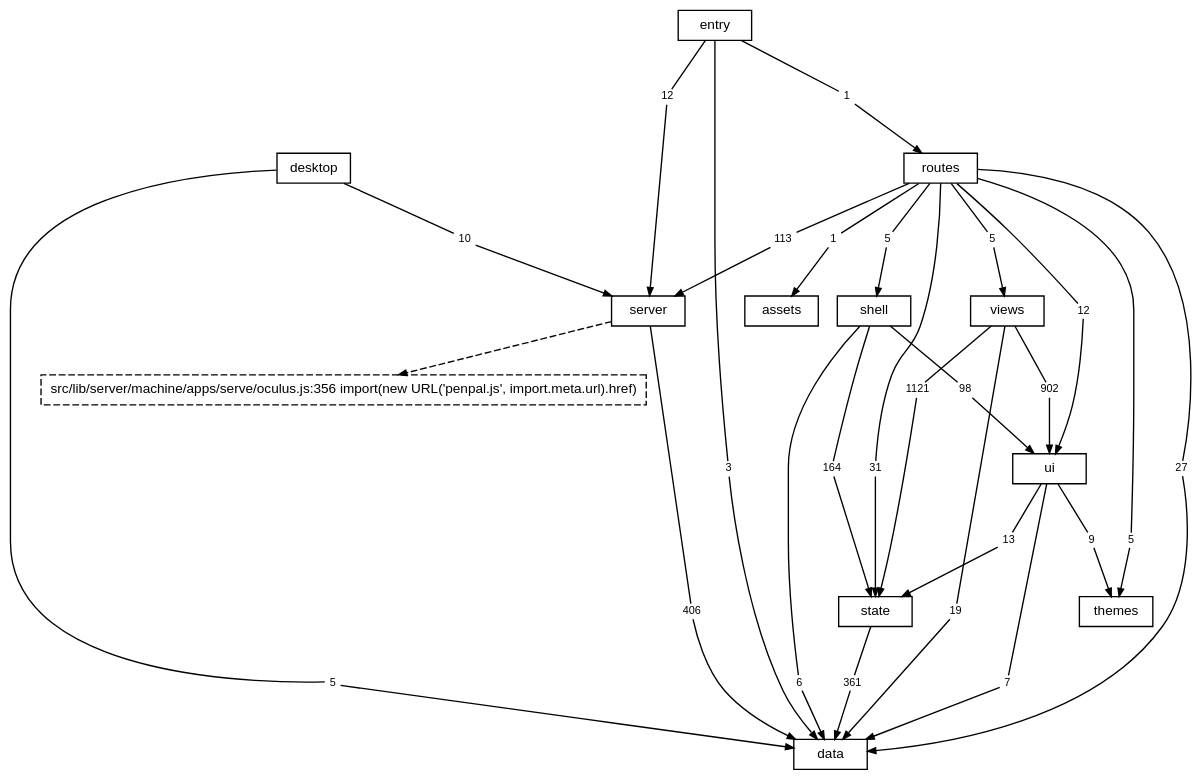
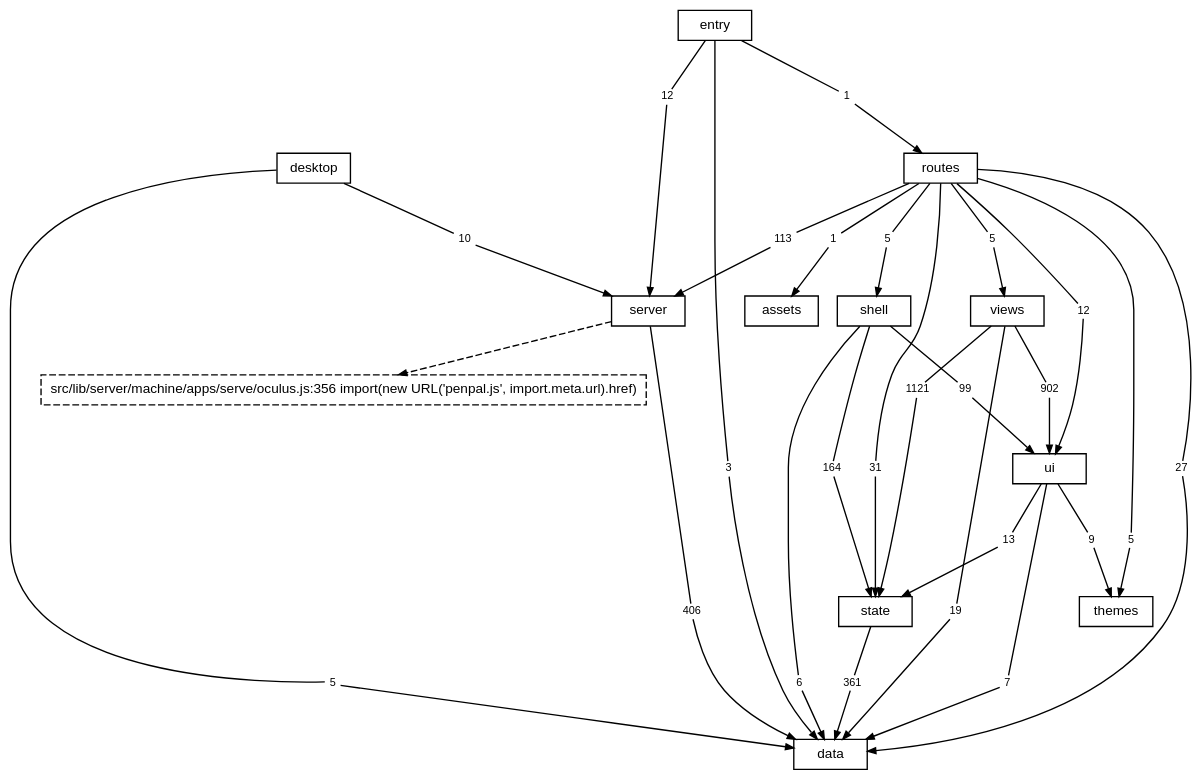
The diagram in docs/diagrams/layers.dot (TheAxeC/oculus), drawn with Graphviz before and after one commit. The commit also changed 27 other files, not shown here.

```diff
--- a/docs/diagrams/layers.dot
+++ b/docs/diagrams/layers.dot
@@ -1,90 +1,90 @@
 digraph layers {
     graph [bgcolor="transparent", rankdir=TB, newrank=true, fontname="Helvetica,Arial,sans-serif", fontsize=12, nodesep=0.2, ranksep=0.5];
     node [shape=box, color="black", fontcolor="black", fontname="Helvetica,Arial,sans-serif", fontsize=10, height=0.3, margin="0.12,0.04"];
     edge [color="black", fontcolor="black", fontname="Helvetica,Arial,sans-serif", fontsize=8, arrowsize=0.6];
     "data";
     "server";
     "state";
     "ui";
     "shell";
     "views";
     "themes";
     "routes";
     "desktop";
     "src" [label="entry"];
     "files: assets" [label="assets"];
     "? src/lib/server/machine/apps/serve/oculus.js:356" [label="src/lib/server/machine/apps/serve/oculus.js:356 import(new URL('penpal.js', import.meta.url).href)", style=dashed];
     "desktop to data" [label="5", shape=box, color="transparent", fontsize=8, width=0, height=0, margin="0.04,0.02"];
     "desktop" -> "desktop to data" [arrowhead=none];
     "desktop to data" -> "data" [];
     "desktop to server" [label="10", shape=box, color="transparent", fontsize=8, width=0, height=0, margin="0.04,0.02"];
     "desktop" -> "desktop to server" [arrowhead=none];
     "desktop to server" -> "server" [];
     "routes to data" [label="27", shape=box, color="transparent", fontsize=8, width=0, height=0, margin="0.04,0.02"];
     "routes" -> "routes to data" [arrowhead=none];
     "routes to data" -> "data" [];
     "routes to files: assets" [label="1", shape=box, color="transparent", fontsize=8, width=0, height=0, margin="0.04,0.02"];
     "routes" -> "routes to files: assets" [arrowhead=none];
     "routes to files: assets" -> "files: assets" [];
     "routes to server" [label="113", shape=box, color="transparent", fontsize=8, width=0, height=0, margin="0.04,0.02"];
     "routes" -> "routes to server" [arrowhead=none];
     "routes to server" -> "server" [];
     "routes to shell" [label="5", shape=box, color="transparent", fontsize=8, width=0, height=0, margin="0.04,0.02"];
     "routes" -> "routes to shell" [arrowhead=none];
     "routes to shell" -> "shell" [];
     "routes to state" [label="31", shape=box, color="transparent", fontsize=8, width=0, height=0, margin="0.04,0.02"];
     "routes" -> "routes to state" [arrowhead=none];
     "routes to state" -> "state" [];
     "routes to themes" [label="5", shape=box, color="transparent", fontsize=8, width=0, height=0, margin="0.04,0.02"];
     "routes" -> "routes to themes" [arrowhead=none];
     "routes to themes" -> "themes" [];
     "routes to ui" [label="12", shape=box, color="transparent", fontsize=8, width=0, height=0, margin="0.04,0.02"];
     "routes" -> "routes to ui" [arrowhead=none];
     "routes to ui" -> "ui" [];
     "routes to views" [label="5", shape=box, color="transparent", fontsize=8, width=0, height=0, margin="0.04,0.02"];
     "routes" -> "routes to views" [arrowhead=none];
     "routes to views" -> "views" [];
     "server to data" [label="406", shape=box, color="transparent", fontsize=8, width=0, height=0, margin="0.04,0.02"];
     "server" -> "server to data" [arrowhead=none];
     "server to data" -> "data" [];
     "shell to data" [label="6", shape=box, color="transparent", fontsize=8, width=0, height=0, margin="0.04,0.02"];
     "shell" -> "shell to data" [arrowhead=none];
     "shell to data" -> "data" [];
     "shell to state" [label="164", shape=box, color="transparent", fontsize=8, width=0, height=0, margin="0.04,0.02"];
     "shell" -> "shell to state" [arrowhead=none];
     "shell to state" -> "state" [];
-    "shell to ui" [label="98", shape=box, color="transparent", fontsize=8, width=0, height=0, margin="0.04,0.02"];
+    "shell to ui" [label="99", shape=box, color="transparent", fontsize=8, width=0, height=0, margin="0.04,0.02"];
     "shell" -> "shell to ui" [arrowhead=none];
     "shell to ui" -> "ui" [];
     "src to data" [label="3", shape=box, color="transparent", fontsize=8, width=0, height=0, margin="0.04,0.02"];
     "src" -> "src to data" [arrowhead=none];
     "src to data" -> "data" [];
     "src to routes" [label="1", shape=box, color="transparent", fontsize=8, width=0, height=0, margin="0.04,0.02"];
     "src" -> "src to routes" [arrowhead=none];
     "src to routes" -> "routes" [];
     "src to server" [label="12", shape=box, color="transparent", fontsize=8, width=0, height=0, margin="0.04,0.02"];
     "src" -> "src to server" [arrowhead=none];
     "src to server" -> "server" [];
     "state to data" [label="361", shape=box, color="transparent", fontsize=8, width=0, height=0, margin="0.04,0.02"];
     "state" -> "state to data" [arrowhead=none];
     "state to data" -> "data" [];
     "ui to data" [label="7", shape=box, color="transparent", fontsize=8, width=0, height=0, margin="0.04,0.02"];
     "ui" -> "ui to data" [arrowhead=none];
     "ui to data" -> "data" [];
     "ui to state" [label="13", shape=box, color="transparent", fontsize=8, width=0, height=0, margin="0.04,0.02"];
     "ui" -> "ui to state" [arrowhead=none];
     "ui to state" -> "state" [];
     "ui to themes" [label="9", shape=box, color="transparent", fontsize=8, width=0, height=0, margin="0.04,0.02"];
     "ui" -> "ui to themes" [arrowhead=none];
     "ui to themes" -> "themes" [];
     "views to data" [label="19", shape=box, color="transparent", fontsize=8, width=0, height=0, margin="0.04,0.02"];
     "views" -> "views to data" [arrowhead=none];
     "views to data" -> "data" [];
     "views to state" [label="1121", shape=box, color="transparent", fontsize=8, width=0, height=0, margin="0.04,0.02"];
     "views" -> "views to state" [arrowhead=none];
     "views to state" -> "state" [];
     "views to ui" [label="902", shape=box, color="transparent", fontsize=8, width=0, height=0, margin="0.04,0.02"];
     "views" -> "views to ui" [arrowhead=none];
     "views to ui" -> "ui" [];
     "server" -> "? src/lib/server/machine/apps/serve/oculus.js:356" [style=dashed];
 }
```
